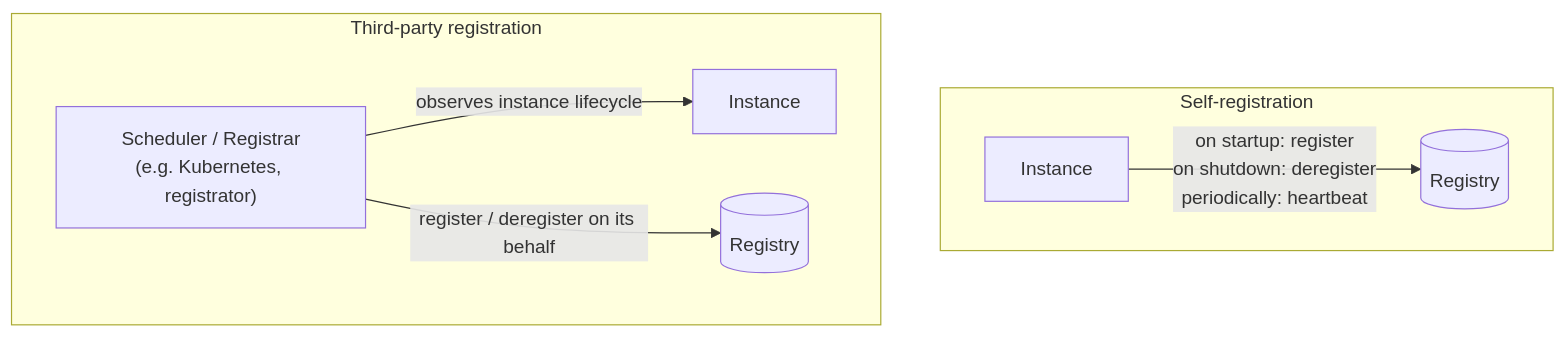
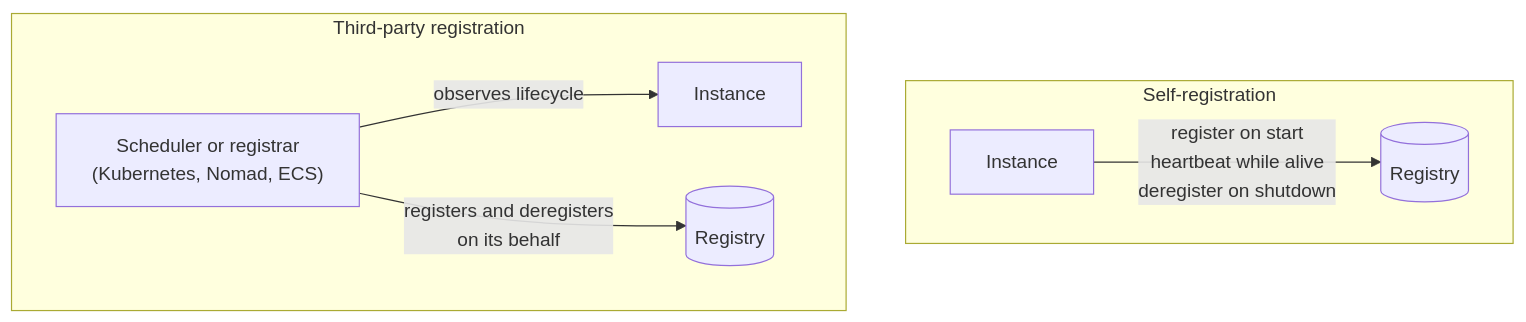
Before and after one commit to AndrewAltimit/Documentation: the fifth of 7 diagrams in github-pages/docs/distributed-systems/service-discovery.md, drawn with Mermaid. The commit also changed other lines of this file and 240 other files, not shown here.

````diff
--- a/github-pages/docs/distributed-systems/service-discovery.md
+++ b/github-pages/docs/distributed-systems/service-discovery.md
@@ -181,10 +213,10 @@
 ```mermaid
 flowchart TD
-    subgraph "Self-registration"
-        I1["Instance"] -->|on startup: register<br/>on shutdown: deregister<br/>periodically: heartbeat| R1[("Registry")]
+    subgraph Self["Self-registration"]
+        I1["Instance"] -->|register on start<br/>heartbeat while alive<br/>deregister on shutdown| R1[("Registry")]
     end
-    subgraph "Third-party registration"
-        Sched["Scheduler / Registrar<br/>(e.g. Kubernetes, registrator)"] -->|observes instance lifecycle| I2["Instance"]
-        Sched -->|register / deregister on its behalf| R2[("Registry")]
+    subgraph Third["Third-party registration"]
+        Sched["Scheduler or registrar<br/>(Kubernetes, Nomad, ECS)"] -->|observes lifecycle| I2["Instance"]
+        Sched -->|registers and deregisters<br/>on its behalf| R2[("Registry")]
     end
 ```
````
